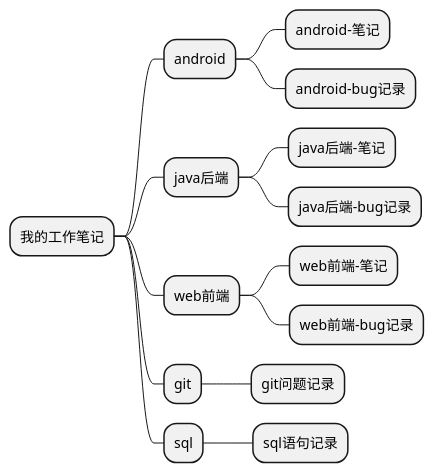
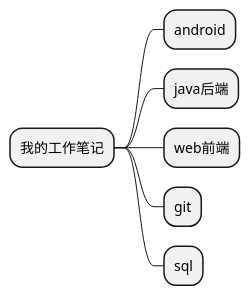
Before and after one commit to victorliuboom/MyNotes: the diagram in README.md, drawn with PlantUML.

````diff
--- a/README.md
+++ b/README.md
@@ -2,18 +2,10 @@
 ```plantuml
 @startmindmap
 * 我的工作笔记
 ** android
-*** android-笔记
-*** android-bug记录
 ** java后端
-*** java后端-笔记
-*** java后端-bug记录
 ** web前端
-*** web前端-笔记
-*** web前端-bug记录
 ** git
-*** git问题记录
 ** sql
-*** sql语句记录
 @endmindmap
 ```
````
